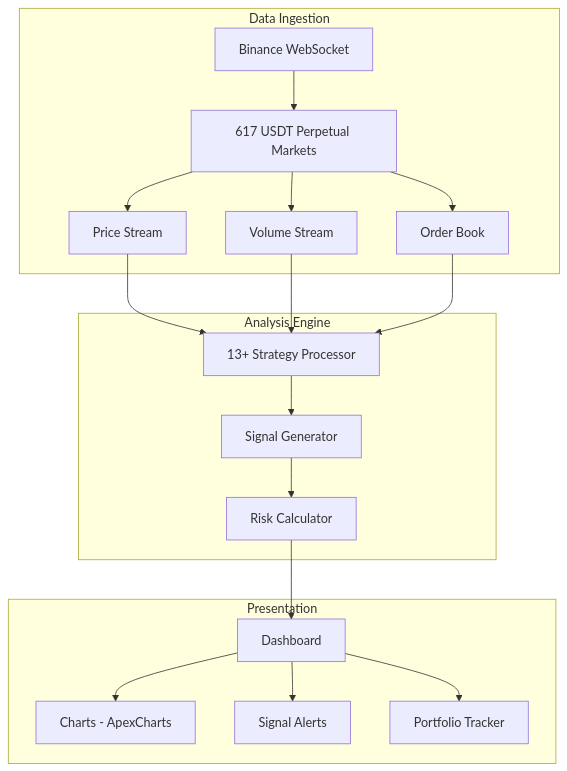
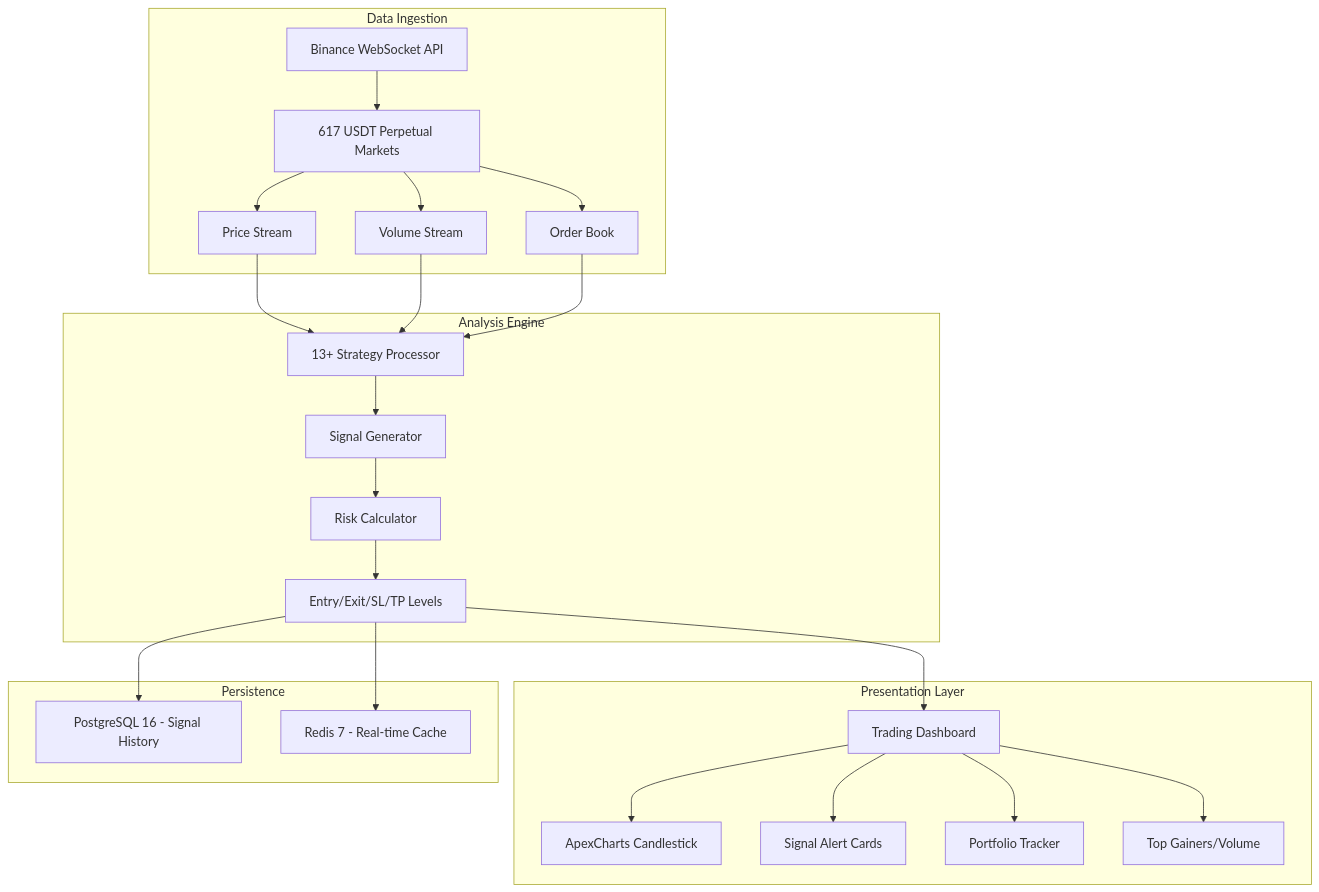
One commit to lydianai/borsa.ailydian.com changed the diagram in README.md. Above: the diagram before and after it, drawn with Mermaid. The commit also changed other lines of this file and 1 other file, not shown here.

````diff
--- a/README.md
+++ b/README.md
@@ -59,22 +126,28 @@
 ```mermaid
 graph TD
     subgraph "Data Ingestion"
-        A[Binance WebSocket] --> B[617 USDT Perpetual Markets]
+        A[Binance WebSocket API] --> B[617 USDT Perpetual Markets]
         B --> C[Price Stream]
         B --> D[Volume Stream]
         B --> E[Order Book]
     end
     subgraph "Analysis Engine"
         C --> F[13+ Strategy Processor]
         D --> F
         E --> F
         F --> G[Signal Generator]
         G --> H[Risk Calculator]
+        H --> I[Entry/Exit/SL/TP Levels]
     end
-    subgraph "Presentation"
-        H --> I[Dashboard]
-        I --> J[Charts - ApexCharts]
-        I --> K[Signal Alerts]
-        I --> L[Portfolio Tracker]
+    subgraph "Presentation Layer"
+        I --> J[Trading Dashboard]
+        J --> K[ApexCharts Candlestick]
+        J --> L[Signal Alert Cards]
+        J --> M[Portfolio Tracker]
+        J --> N[Top Gainers/Volume]
+    end
+    subgraph "Persistence"
+        I --> O[PostgreSQL 16 - Signal History]
+        I --> P[Redis 7 - Real-time Cache]
     end
 ```
````
